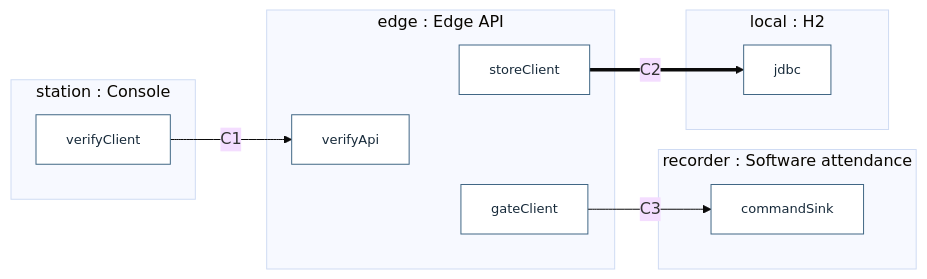
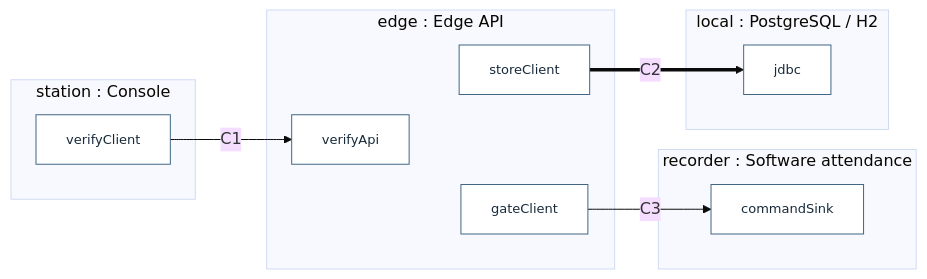
The second of 5 diagrams in README.md (lazy128/tmc-qr-attendance), drawn with Mermaid (base theme) before and after one commit. The commit also changed other lines of this file and 76 other files, not shown here.

````diff
--- a/README.md
+++ b/README.md
@@ -175,24 +177,24 @@
 ```mermaid
 flowchart LR
   subgraph S["station : Console"]
     sv["verifyClient"]
   end
   subgraph E["edge : Edge API"]
     ev["verifyApi"]
     ej["storeClient"]
     eg["gateClient"]
     ev ~~~ ej
     ev ~~~ eg
   end
   subgraph G["recorder : Software attendance"]
     gc["commandSink"]
   end
-  subgraph D["local : H2"]
+  subgraph D["local : PostgreSQL / H2"]
     dj["jdbc"]
   end
   sv -->|C1| ev
   ej ==>|C2| dj
   eg -->|C3| gc
   classDef port fill:#fff,stroke:#416785,color:#172a3a,font-size:13px;
   class sv,ev,ej,eg,gc,dj port;
 ```
````
